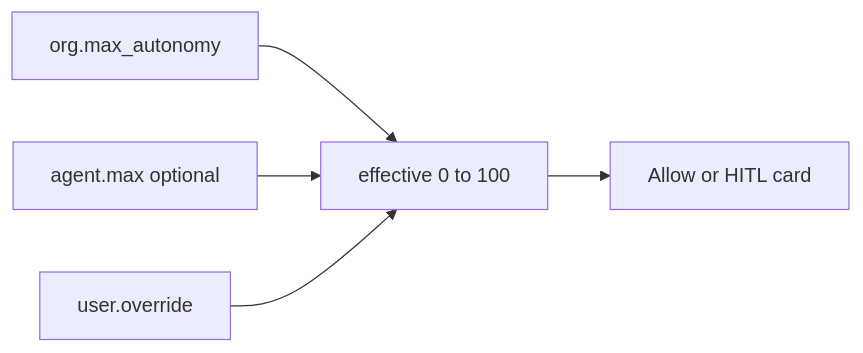
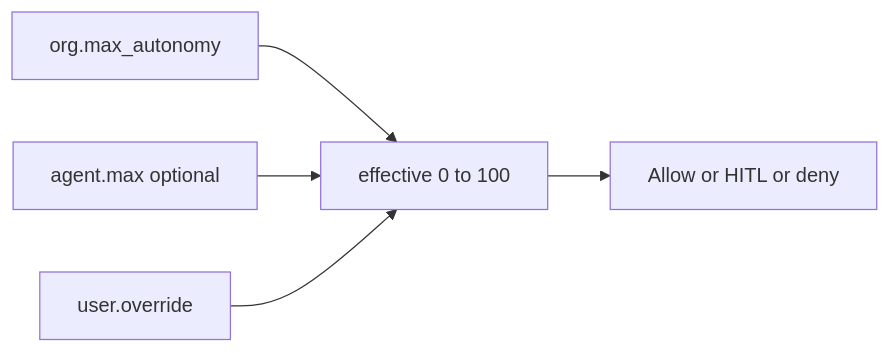
The diagram in docs/architecture/06_HITL.md (abhishekjasani/AgentAnyStack), drawn with Mermaid before and after one commit. The commit also changed other lines of this file and 16 other files, not shown here.

Commit message:
feat: implement effective autonomy gate for external_send action in HITL approval process

````diff
--- a/docs/architecture/06_HITL.md
+++ b/docs/architecture/06_HITL.md
@@ -8,12 +10,12 @@
 ```mermaid
 flowchart LR
     ORG[org.max_autonomy]
     AG[agent.max optional]
     USR[user.override]
     EFF[effective 0 to 100]
-    GATE[Allow or HITL card]
+    GATE[Allow or HITL or deny]
     ORG --> EFF
     AG --> EFF
     USR --> EFF
     EFF --> GATE
 ```
````
